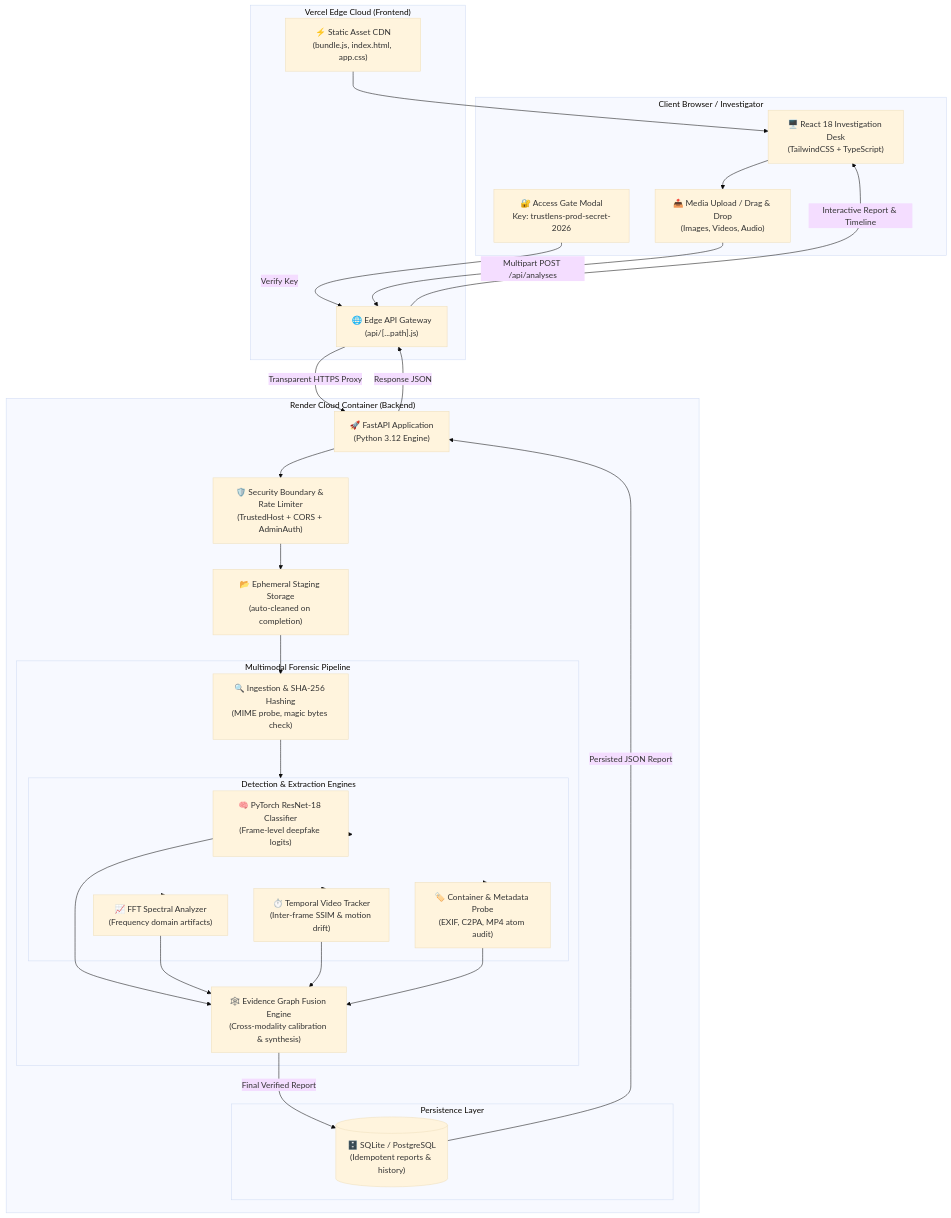
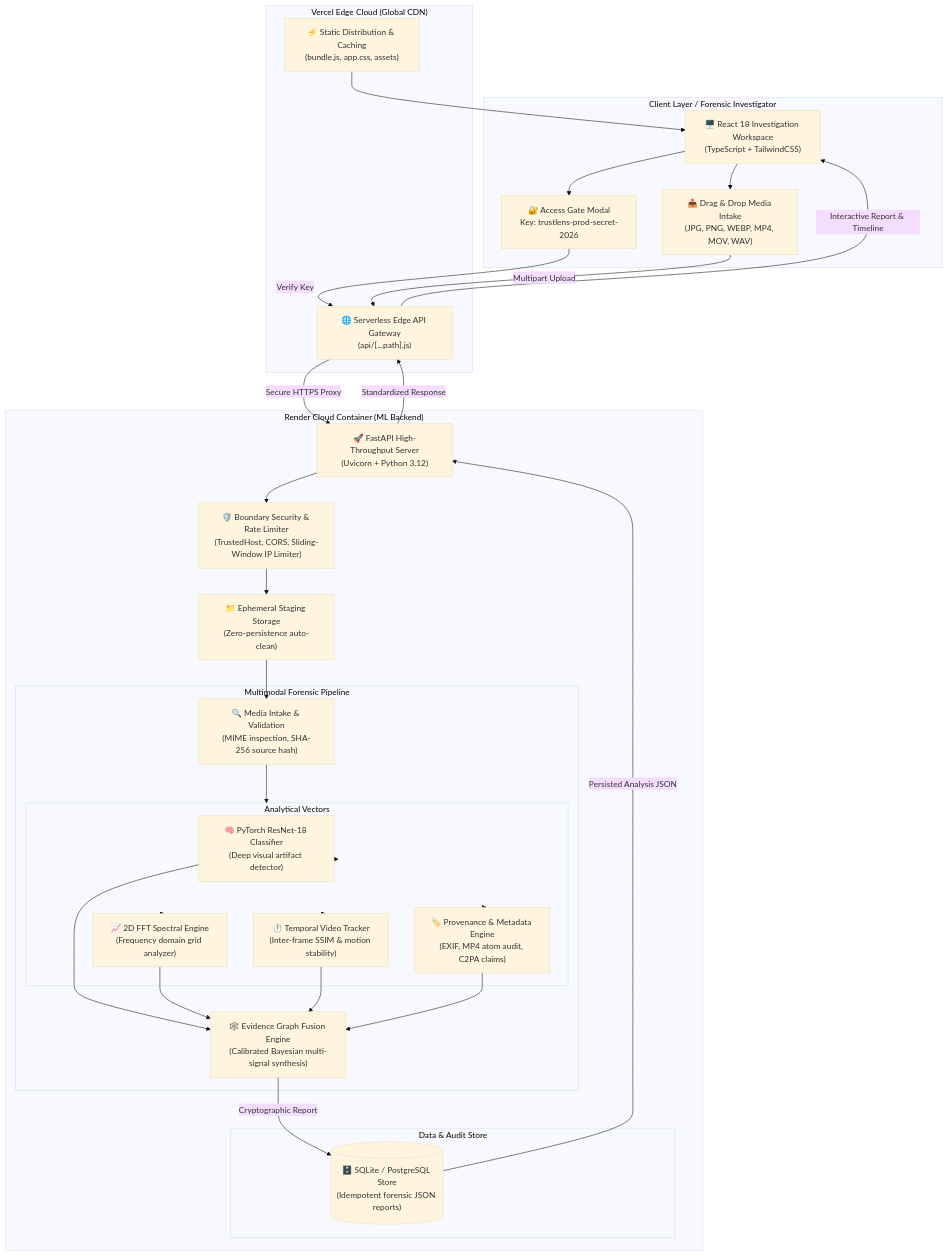
Before and after one commit to DrishaantSarkar/deepfake: the first of 2 diagrams in README.md, drawn with Mermaid (base theme). The commit also changed other lines of this file and 1 other file, not shown here.

Commit message:
docs: complete hackathon judge showcase README with live Vercel and Render links, technical deep-dive, and forensic fusion architecture

````diff
--- a/README.md
+++ b/README.md
@@ -32,66 +40,67 @@
 ```mermaid
 flowchart TD
-    subgraph Client ["Client Browser / Investigator"]
-        UI["🖥️ React 18 Investigation Desk<br/>(TailwindCSS + TypeScript)"]
-        Upload["📤 Media Upload / Drag & Drop<br/>(Images, Videos, Audio)"]
-        Gate["🔐 Access Gate Modal<br/>Key: trustlens-prod-secret-2026"]
+    subgraph Client ["Client Layer / Forensic Investigator"]
+        Browser["🖥️ React 18 Investigation Workspace<br/>(TypeScript + TailwindCSS)"]
+        Dropzone["📤 Drag & Drop Media Intake<br/>(JPG, PNG, WEBP, MP4, MOV, WAV)"]
+        KeyModal["🔐 Access Gate Modal<br/>Key: trustlens-prod-secret-2026"]
     end
 
-    subgraph VercelEdge ["Vercel Edge Cloud (Frontend)"]
-        VStatic["⚡ Static Asset CDN<br/>(bundle.js, index.html, app.css)"]
-        VGateway["🌐 Edge API Gateway<br/>(api/[...path].js)"]
+    subgraph VercelEdge ["Vercel Edge Cloud (Global CDN)"]
+        VercelCDN["⚡ Static Distribution & Caching<br/>(bundle.js, app.css, assets)"]
+        EdgeGateway["🌐 Serverless Edge API Gateway<br/>(api/[...path].js)"]
     end
 
-    subgraph RenderBackend ["Render Cloud Container (Backend)"]
-        FastAPI["🚀 FastAPI Application<br/>(Python 3.12 Engine)"]
-        Boundary["🛡️ Security Boundary & Rate Limiter<br/>(TrustedHost + CORS + AdminAuth)"]
-        Staging["📂 Ephemeral Staging Storage<br/>(auto-cleaned on completion)"]
-        
-        subgraph Pipeline ["Multimodal Forensic Pipeline"]
-            Ingest["🔍 Ingestion & SHA-256 Hashing<br/>(MIME probe, magic bytes check)"]
+    subgraph RenderCloud ["Render Cloud Container (ML Backend)"]
+        FastAPIEngine["🚀 FastAPI High-Throughput Server<br/>(Uvicorn + Python 3.12)"]
+        SecurityBoundary["🛡️ Boundary Security & Rate Limiter<br/>(TrustedHost, CORS, Sliding-Window IP Limiter)"]
+        StagingArea["📁 Ephemeral Staging Storage<br/>(Zero-persistence auto-clean)"]
+
+        subgraph CorePipeline ["Multimodal Forensic Pipeline"]
+            Ingestor["🔍 Media Intake & Validation<br/>(MIME inspection, SHA-256 source hash)"]
             
-            subgraph Detectors ["Detection & Extraction Engines"]
-                PyTorch["🧠 PyTorch ResNet-18 Classifier<br/>(Frame-level deepfake logits)"]
-                Spectral["📈 FFT Spectral Analyzer<br/>(Frequency domain artifacts)"]
-                Temporal["⏱️ Temporal Video Tracker<br/>(Inter-frame SSIM & motion drift)"]
-                Provenance["🏷️ Container & Metadata Probe<br/>(EXIF, C2PA, MP4 atom audit)"]
+            subgraph Detectors ["Analytical Vectors"]
+                PyTorchModel["🧠 PyTorch ResNet-18 Classifier<br/>(Deep visual artifact detector)"]
+                SpectralFFT["📈 2D FFT Spectral Engine<br/>(Frequency domain grid analyzer)"]
+                TemporalVideo["⏱️ Temporal Video Tracker<br/>(Inter-frame SSIM & motion stability)"]
+                ProvenanceAudit["🏷️ Provenance & Metadata Engine<br/>(EXIF, MP4 atom audit, C2PA claims)"]
             end
-            
-            Fusion["🕸️ Evidence Graph Fusion Engine<br/>(Cross-modality calibration & synthesis)"]
+
+            EvidenceFusion["🕸️ Evidence Graph Fusion Engine<br/>(Calibrated Bayesian multi-signal synthesis)"]
         end
 
-        subgraph Storage ["Persistence Layer"]
-            DB[("🗄️ SQLite / PostgreSQL<br/>(Idempotent reports & history)")]
+        subgraph Persistence ["Data & Audit Store"]
+            Database[("🗄️ SQLite / PostgreSQL Store<br/>(Idempotent forensic JSON reports)")]
         end
     end
 
-    %% User interactions
-    UI --> Upload
-    Gate -->|"Verify Key"| VGateway
-    Upload -->|"Multipart POST /api/analyses"| VGateway
+    %% Client Interactions
+    Browser --> Dropzone
+    Browser --> KeyModal
+    KeyModal -->|"Verify Key"| EdgeGateway
+    Dropzone -->|"Multipart Upload"| EdgeGateway
 
-    %% Vercel to Render routing
-    VStatic --> UI
-    VGateway -->|"Transparent HTTPS Proxy"| FastAPI
+    %% Edge Routing
+    VercelCDN --> Browser
+    EdgeGateway -->|"Secure HTTPS Proxy"| FastAPIEngine
 
-    %% Backend processing flow
-    FastAPI --> Boundary
-    Boundary --> Staging
-    Staging --> Ingest
-    Ingest --> Detectors
-    
-    Detectors --> PyTorch
-    Detectors --> Spectral
-    Detectors --> Temporal
-    Detectors --> Provenance
+    %% Backend Processing
+    FastAPIEngine --> SecurityBoundary
+    SecurityBoundary --> StagingArea
+    StagingArea --> Ingestor
+    Ingestor --> Detectors
 
-    PyTorch --> Fusion
-    Spectral --> Fusion
-    Temporal --> Fusion
-    Provenance --> Fusion
+    Detectors --> PyTorchModel
+    Detectors --> SpectralFFT
+    Detectors --> TemporalVideo
+    Detectors --> ProvenanceAudit
 
-    Fusion -->|"Final Verified Report"| DB
-    DB -->|"Persisted JSON Report"| FastAPI
-    FastAPI -->|"Response JSON"| VGateway
-    VGateway -->|"Interactive Report & Timeline"| UI
+    PyTorchModel --> EvidenceFusion
+    SpectralFFT --> EvidenceFusion
+    TemporalVideo --> EvidenceFusion
+    ProvenanceAudit --> EvidenceFusion
+
+    EvidenceFusion -->|"Cryptographic Report"| Database
+    Database -->|"Persisted Analysis JSON"| FastAPIEngine
+    FastAPIEngine -->|"Standardized Response"| EdgeGateway
+    EdgeGateway -->|"Interactive Report & Timeline"| Browser
 ```
````
